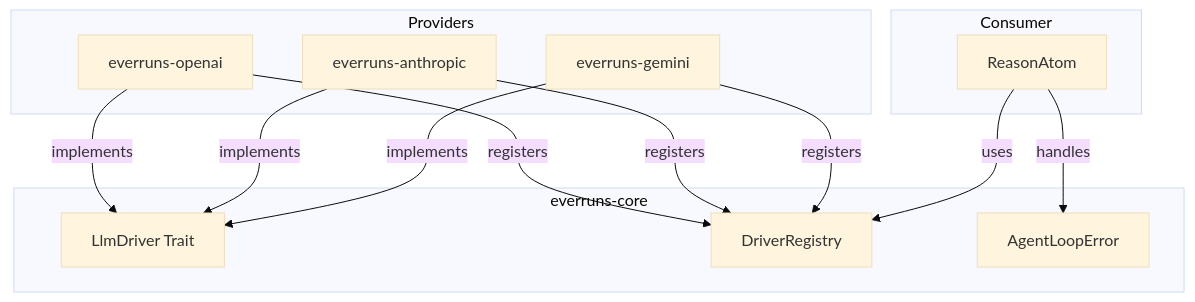
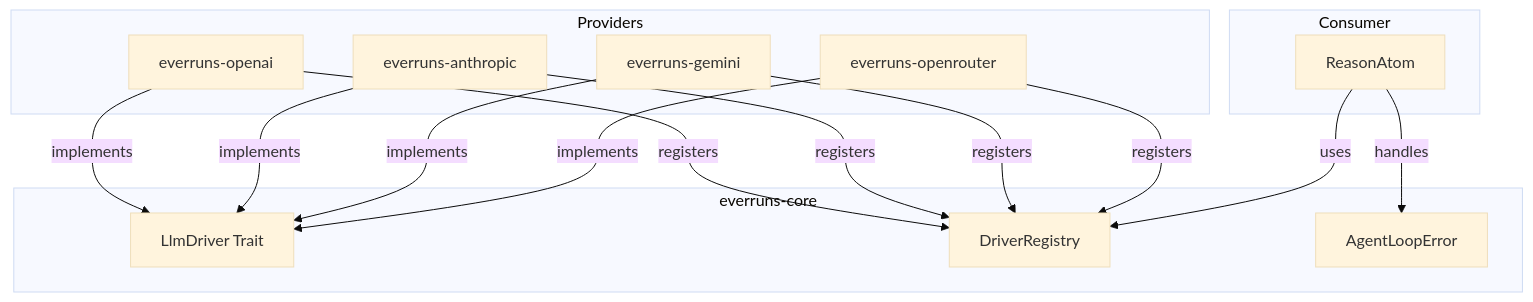
The first of 2 diagrams in specs/llm-drivers.md (everruns/everruns), drawn with Mermaid (base theme) before and after one commit. The commit also changed other lines of this file and 22 other files, not shown here.

First line of the commit message:
feat(llm): add OpenRouter provider support

````diff
--- a/specs/llm-drivers.md
+++ b/specs/llm-drivers.md
@@ -9,27 +9,30 @@
 ```mermaid
 graph TD
     subgraph Core [everruns-core]
         LlmDriver[LlmDriver Trait]
         Registry[DriverRegistry]
         Errors[AgentLoopError]
     end
 
     subgraph Providers
         OpenAI[everruns-openai]
         Anthropic[everruns-anthropic]
         Gemini[everruns-gemini]
+        OpenRouter[everruns-openrouter]
     end
 
     subgraph Consumer
         ReasonAtom[ReasonAtom]
     end
 
     OpenAI -->|implements| LlmDriver
     Anthropic -->|implements| LlmDriver
     Gemini -->|implements| LlmDriver
+    OpenRouter -->|implements| LlmDriver
     OpenAI -->|registers| Registry
     Anthropic -->|registers| Registry
     Gemini -->|registers| Registry
+    OpenRouter -->|registers| Registry
     ReasonAtom -->|uses| Registry
     ReasonAtom -->|handles| Errors
 ```
````
